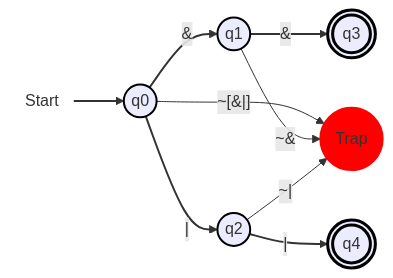
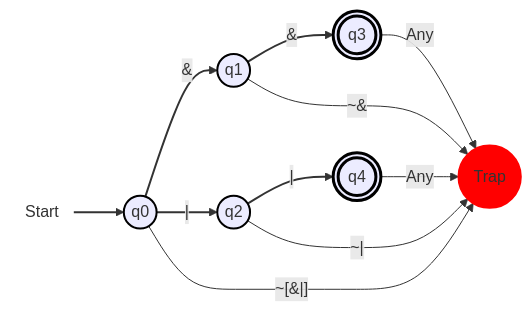
Before and after one commit to CS-Tiny-Compiler/a-tiny-compiler: the ninth of 9 diagrams in docs/DFA.md, drawn with Mermaid. The commit also changed other lines of this file, not shown here.

Commit message:
Add transition for final states to trap

````diff
--- a/docs/DFA.md
+++ b/docs/DFA.md
@@ -235,20 +240,22 @@
 ```mermaid
 flowchart LR
   start(((Start))):::startNode --> q0(("q0")):::normal
   q0 --> |#38;| q1(("q1")):::normal
   q1 --> |#38;| q3((("q3"))):::finalState
   q0 --> |#124;| q2(("q2")):::normal
   q2 --> |#124;| q4((("q4"))):::finalState
   q0 --> |"~[#38;#124;]"| trap((("Trap"))):::trap
   q1 --> |"~#38;"| trap((("Trap"))):::trap
   q2 --> |"~#124;"| trap((("Trap"))):::trap
+  q3 --> |"Any"| trap((("Trap"))):::trap
+  q4 --> |"Any"| trap((("Trap"))):::trap
  
 
   classDef startNode fill:none,stroke:none;
   classDef normal stroke:#000,stroke-width:2px;
   classDef finalState stroke:#000,stroke-width:3px;
   classDef trap fill:#f00,stroke:#f00,stroke-width:2px;
 
   linkStyle 0 stroke-width:2px;
   linkStyle 1,2,3,4 stroke:#333,stroke-width:2px,fill:none;
 ```
````
